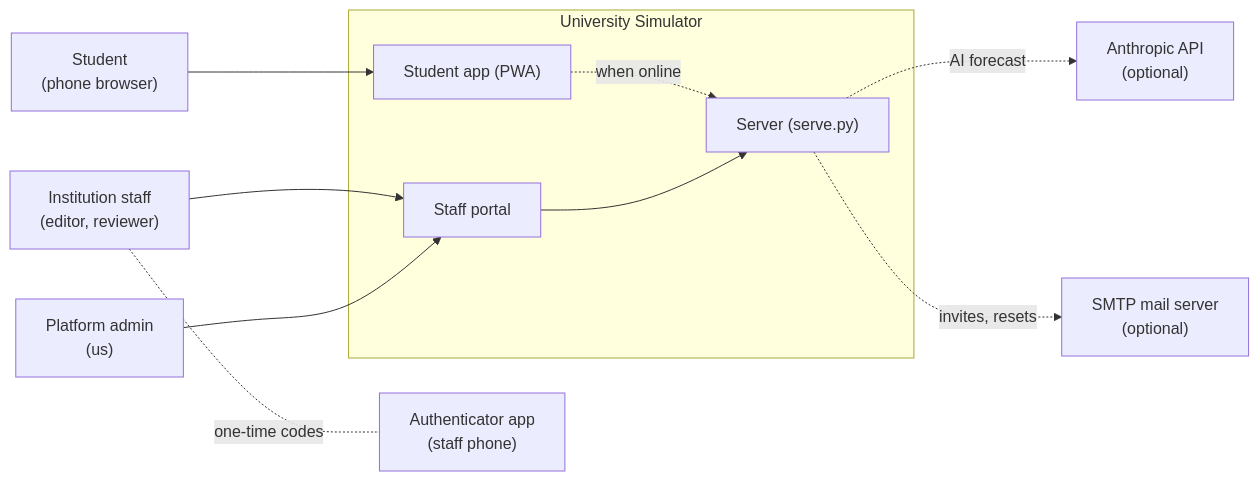
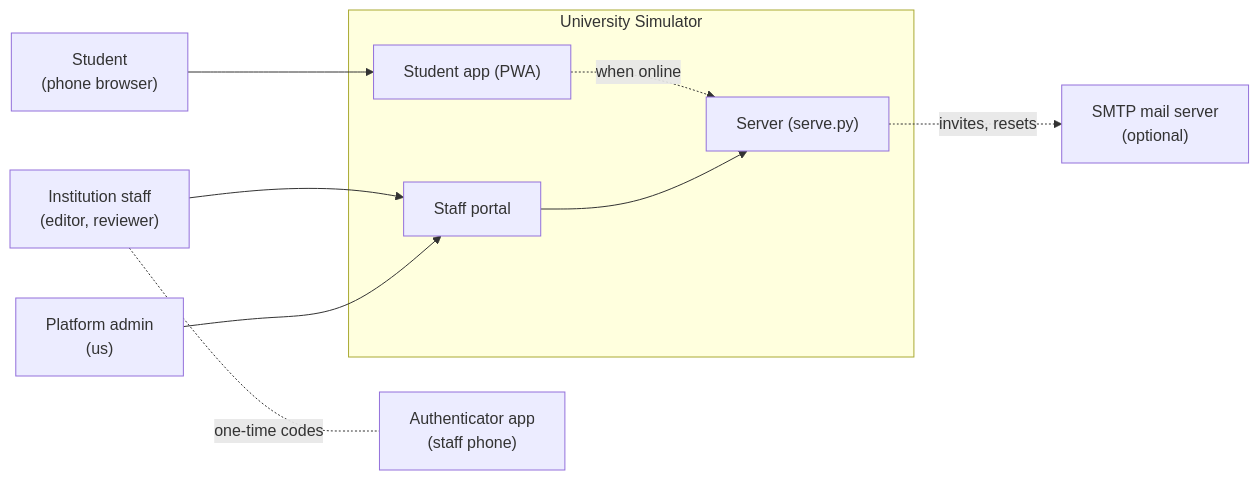
Before and after one commit to mutarisi-chibaya/education: the first of 8 diagrams in docs/architecture.md, drawn with Mermaid. The commit also changed other lines of this file and 59 other files, not shown here.

````diff
--- a/docs/architecture.md
+++ b/docs/architecture.md
@@ -14,25 +14,23 @@
 ```mermaid
 flowchart LR
     student["Student<br/>(phone browser)"]
     staff["Institution staff<br/>(editor, reviewer)"]
     admin["Platform admin<br/>(us)"]
 
     subgraph sys["University Simulator"]
         app["Student app (PWA)"]
         server["Server (serve.py)"]
         portal["Staff portal"]
     end
 
-    llm["Anthropic API<br/>(optional)"]
     smtp["SMTP mail server<br/>(optional)"]
     auth["Authenticator app<br/>(staff phone)"]
 
     student --> app
     app -. "when online" .-> server
     staff --> portal
     admin --> portal
     portal --> server
-    server -. "AI forecast" .-> llm
     server -. "invites, resets" .-> smtp
     staff -. "one-time codes" .- auth
 ```
````
